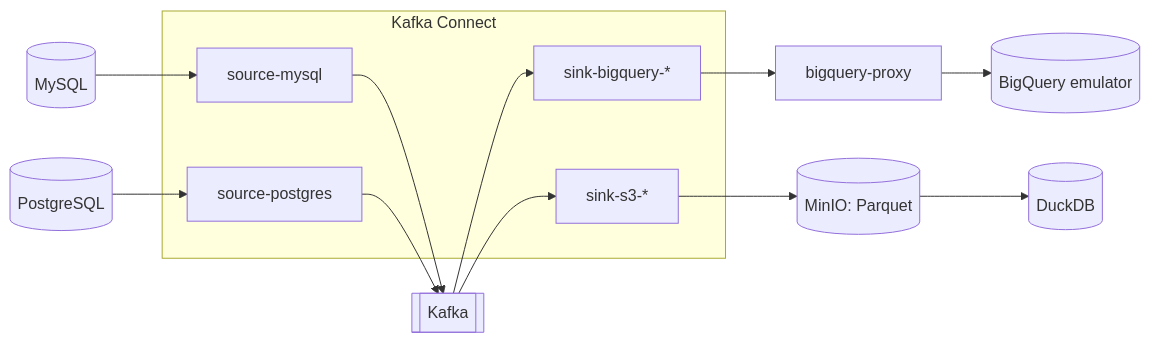
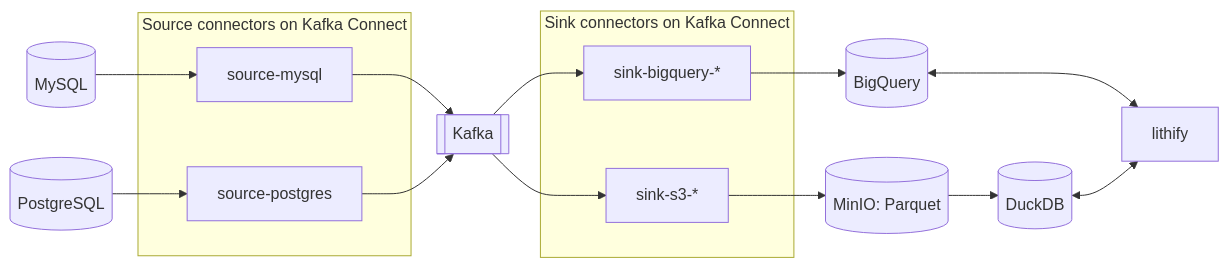
One commit to hayas1/lithify changed the diagram in README.md. Above: the diagram before and after it, drawn with Mermaid. The commit also changed other lines of this file and 1 other file, not shown here.

````diff
--- a/README.md
+++ b/README.md
@@ -8,15 +8,19 @@
 ```mermaid
 flowchart LR
   mysql[(MySQL)] --> source-mysql
   postgres[(PostgreSQL)] --> source-postgres
-  subgraph connect[Kafka Connect]
+  subgraph sources[Source connectors on Kafka Connect]
     source-mysql
     source-postgres
-    sink-bigquery-*
-    sink-s3-*
   end
   source-mysql --> kafka[[Kafka]]
   source-postgres --> kafka
-  kafka --> sink-bigquery-* --> bigquery-proxy --> bigquery-emulator[(BigQuery emulator)]
-  kafka --> sink-s3-* --> minio[(MinIO: Parquet)] --> duckdb[(DuckDB)]
+  subgraph sinks[Sink connectors on Kafka Connect]
+    sink-bigquery["sink-bigquery-*"]
+    sink-s3["sink-s3-*"]
+  end
+  kafka --> sink-bigquery --> bigquery[(BigQuery)]
+  kafka --> sink-s3 --> minio[(MinIO: Parquet)] --> duckdb[(DuckDB)]
+  bigquery <--> lithify
+  duckdb <--> lithify
 ```
````
